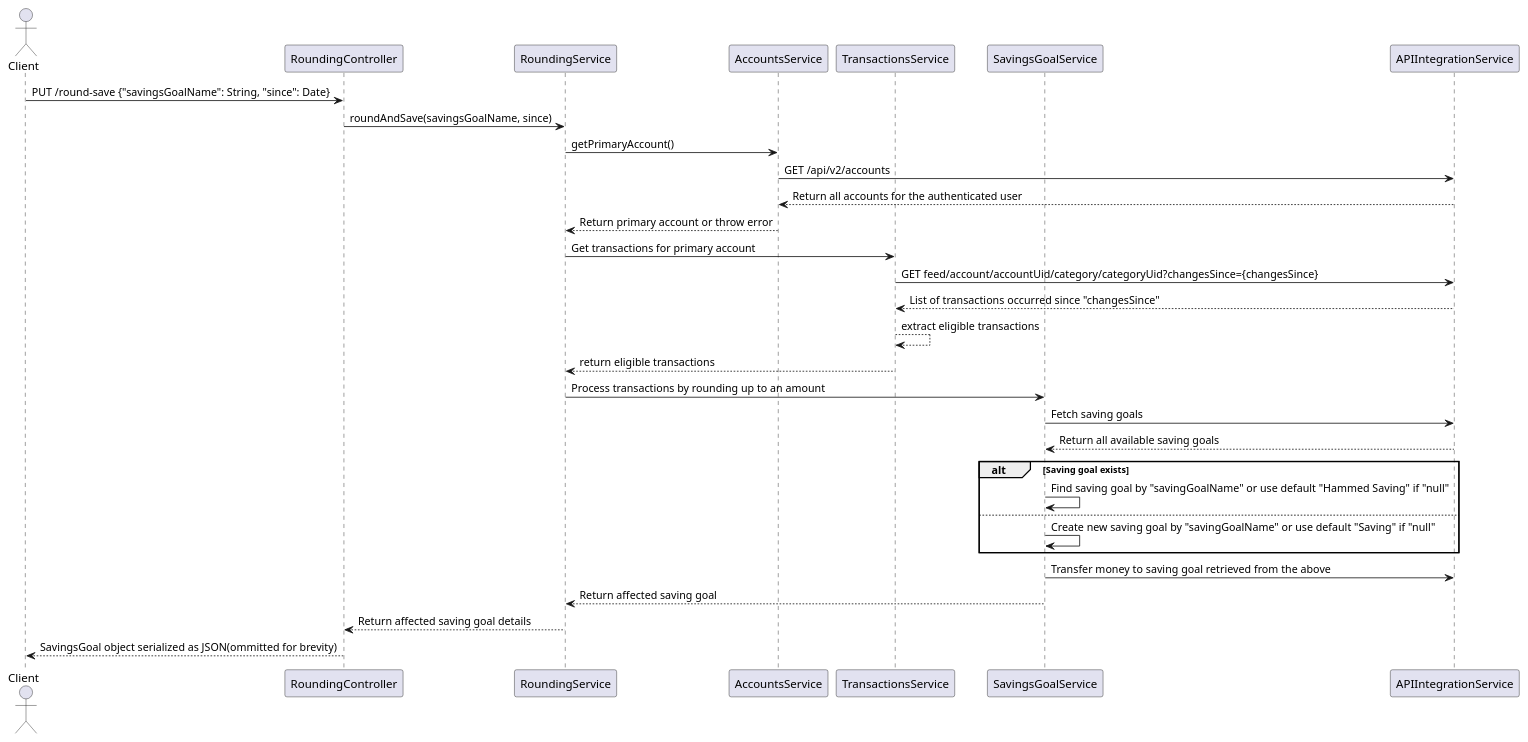
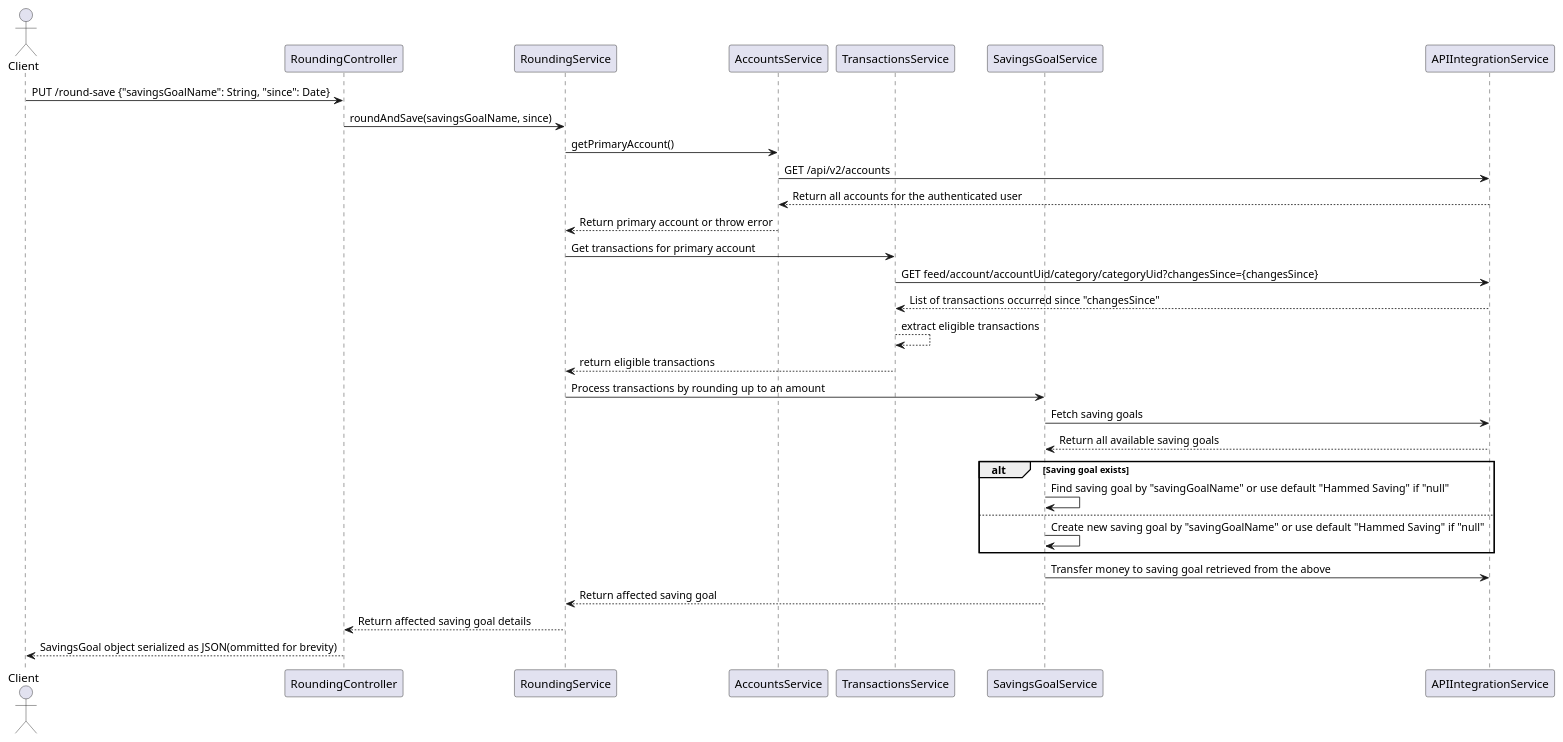
One commit to adigunhammedolalekan/challenge changed the diagram in flows/roundup_flows.puml. Above: the diagram before and after it, drawn with PlantUML. The commit also changed 7 other files, not shown here.

```diff
--- a/flows/roundup_flows.puml
+++ b/flows/roundup_flows.puml
@@ -1,38 +1,38 @@
 @startuml
 actor Client
 participant RoundingController
 participant RoundingService
 participant AccountsService
 participant TransactionsService
 participant SavingsGoalService
 participant APIIntegrationService
 
 Client -> RoundingController: PUT /round-save {"savingsGoalName": String, "since": Date}
 RoundingController -> RoundingService: roundAndSave(savingsGoalName, since)
 RoundingService -> AccountsService: getPrimaryAccount()
 AccountsService -> APIIntegrationService: GET /api/v2/accounts
 APIIntegrationService --> AccountsService: Return all accounts for the authenticated user
 AccountsService --> RoundingService: Return primary account or throw error
 
 RoundingService -> TransactionsService: Get transactions for primary account
 TransactionsService -> APIIntegrationService: GET feed/account/accountUid/category/categoryUid?changesSince={changesSince}
 APIIntegrationService --> TransactionsService: List of transactions occurred since "changesSince"
 TransactionsService --> TransactionsService: extract eligible transactions
 TransactionsService --> RoundingService: return eligible transactions
 
 RoundingService -> SavingsGoalService: Process transactions by rounding up to an amount
 SavingsGoalService -> APIIntegrationService: Fetch saving goals
 APIIntegrationService --> SavingsGoalService: Return all available saving goals
 
 alt Saving goal exists
     SavingsGoalService -> SavingsGoalService: Find saving goal by "savingGoalName" or use default "Hammed Saving" if "null"
 else
-    SavingsGoalService -> SavingsGoalService: Create new saving goal by "savingGoalName" or use default "Saving" if "null"
+    SavingsGoalService -> SavingsGoalService: Create new saving goal by "savingGoalName" or use default "Hammed Saving" if "null"
 end
 
 SavingsGoalService -> APIIntegrationService: Transfer money to saving goal retrieved from the above
 SavingsGoalService --> RoundingService: Return affected saving goal
 
 RoundingService --> RoundingController: Return affected saving goal details
 RoundingController --> Client: SavingsGoal object serialized as JSON(ommitted for brevity)
 @enduml
```
